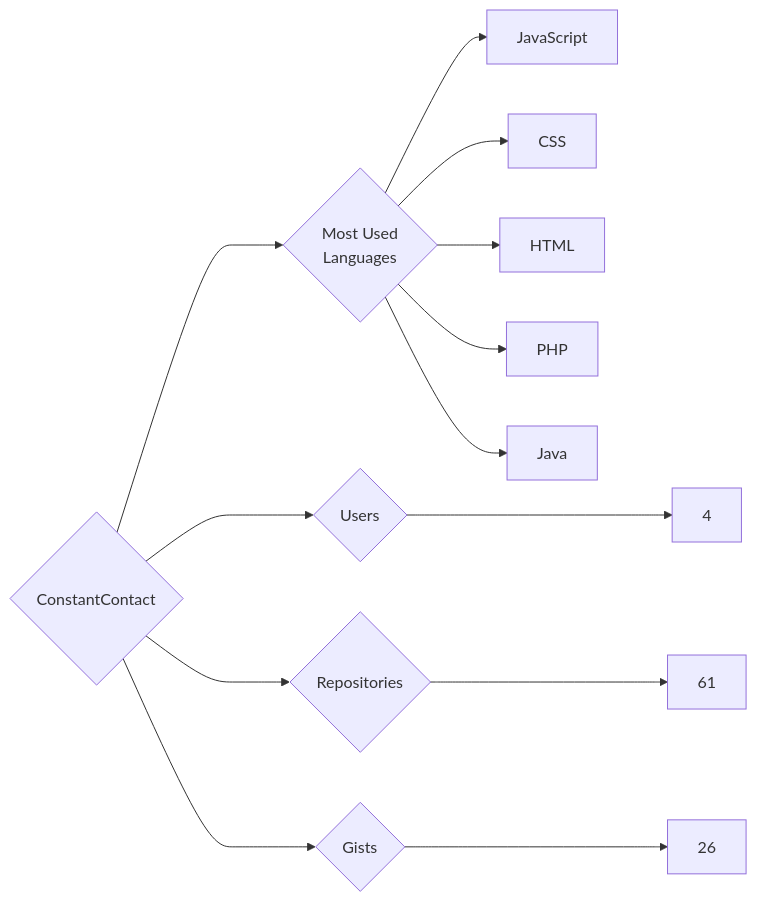
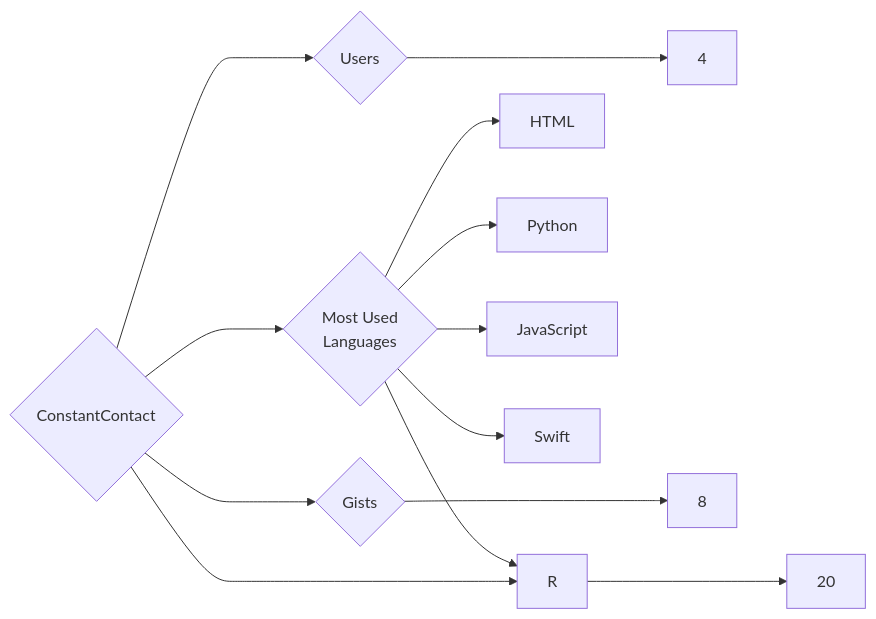
Before and after one commit to trickest/insiders: the diagram in targets/ConstantContact/README.md, drawn with Mermaid. The commit also changed 859 other files, not shown here.

````diff
--- a/targets/ConstantContact/README.md
+++ b/targets/ConstantContact/README.md
@@ -3,13 +3,13 @@
 ```mermaid
 graph LR
 COMPANY_NAME{ConstantContact}
 COMPANY_NAME ---> U{Users} ---> UN[4]
-COMPANY_NAME ---> R{Repositories} ---> RN[61]
-COMPANY_NAME ---> G{Gists} ---> GN[26]
+COMPANY_NAME ---> R{Repositories} ---> RN[20]
+COMPANY_NAME ---> G{Gists} ---> GN[8]
 COMPANY_NAME ---> ML{Most Used<br>Languages}
+ML --> HTML[HTML]
+ML --> Python[Python]
 ML --> JavaScript[JavaScript]
-ML --> CSS[CSS]
-ML --> HTML[HTML]
-ML --> PHP[PHP]
-ML --> Java[Java]
+ML --> Swift[Swift]
+ML --> R[R]
 ```
````
